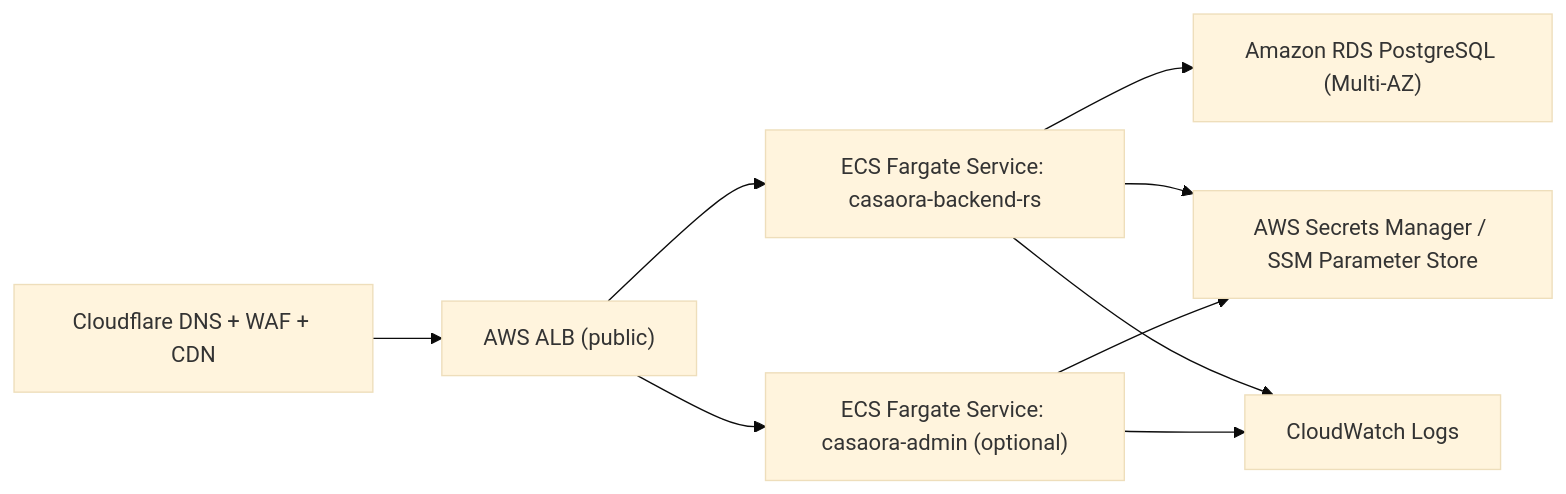
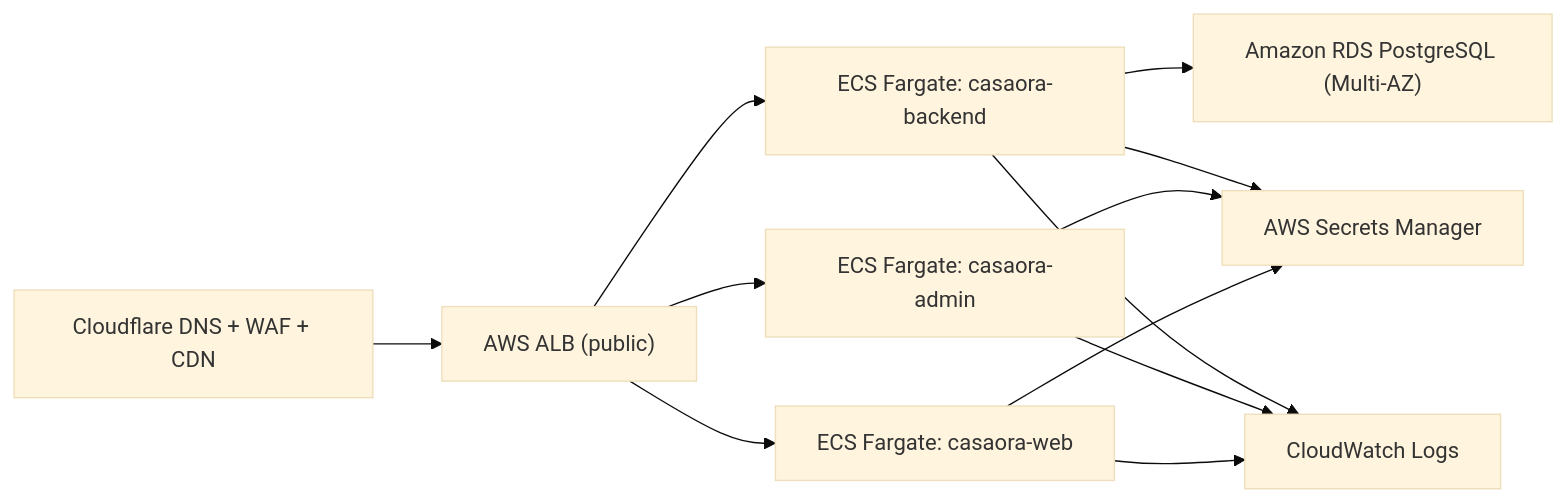
One commit to rossostudios/puerta-abierta changed the diagram in infra/aws/README.md. Above: the diagram before and after it, drawn with Mermaid (base theme). The commit also changed other lines of this file and 119 other files, not shown here.

First line of the commit message:
feat: cumulative sprint changes — admin UI, backend routes, infra cleanup

````diff
--- a/infra/aws/README.md
+++ b/infra/aws/README.md
@@ -28,11 +23,14 @@
 ```mermaid
 flowchart LR
     CF["Cloudflare DNS + WAF + CDN"] --> ALB["AWS ALB (public)"]
-    ALB --> ECSB["ECS Fargate Service: casaora-backend-rs"]
-    ALB --> ECSA["ECS Fargate Service: casaora-admin (optional)"]
+    ALB --> ECSB["ECS Fargate: casaora-backend"]
+    ALB --> ECSA["ECS Fargate: casaora-admin"]
+    ALB --> ECSW["ECS Fargate: casaora-web"]
     ECSB --> RDS["Amazon RDS PostgreSQL (Multi-AZ)"]
-    ECSB --> SM["AWS Secrets Manager / SSM Parameter Store"]
+    ECSB --> SM["AWS Secrets Manager"]
     ECSB --> CW["CloudWatch Logs"]
     ECSA --> SM
     ECSA --> CW
+    ECSW --> SM
+    ECSW --> CW
 ```
````
